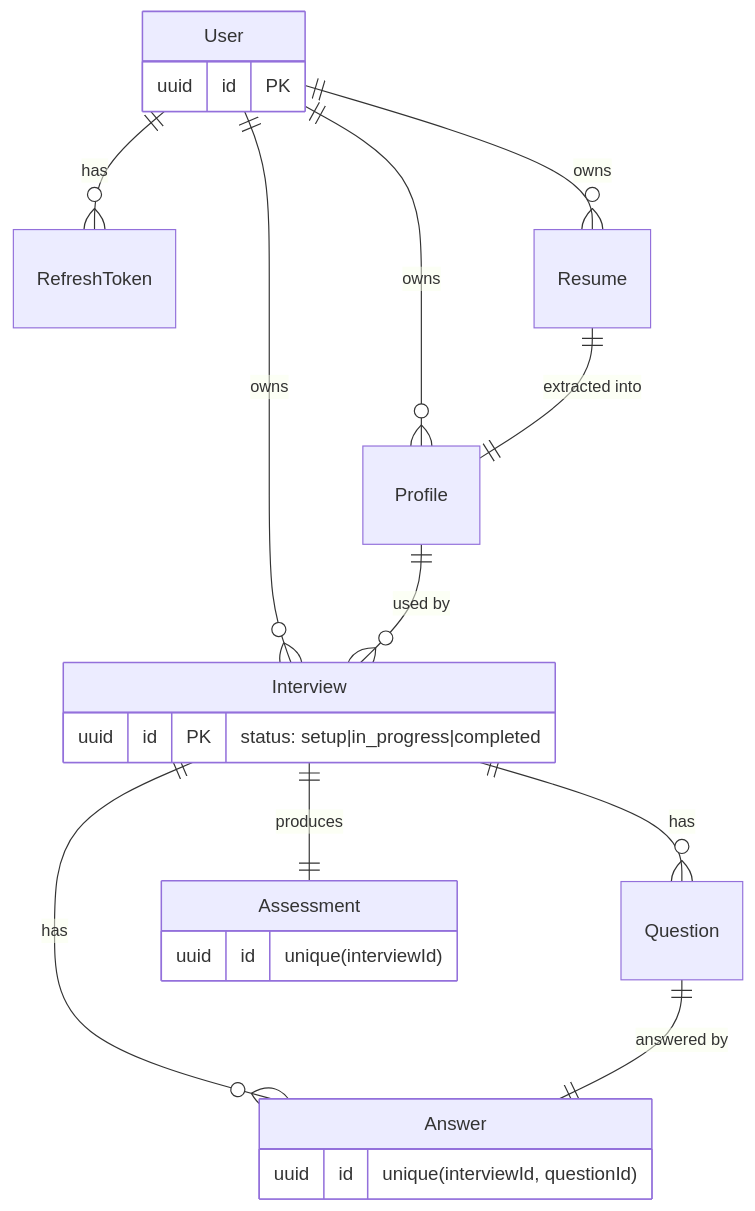
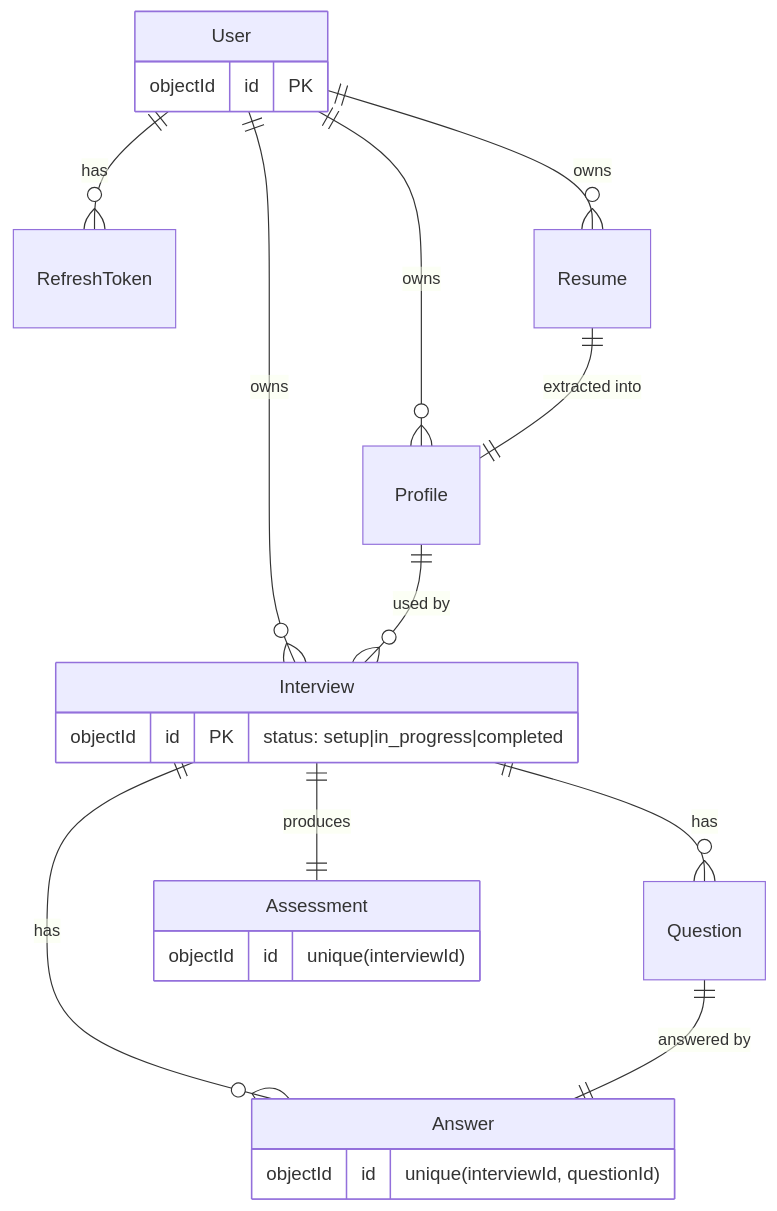
The third of 3 diagrams in README.md (Siddharth-AI/interview_iq), drawn with Mermaid before and after one commit. The commit also changed other lines of this file and 1 other file, not shown here.

````diff
--- a/README.md
+++ b/README.md
@@ -131,18 +131,18 @@
 ```mermaid
 erDiagram
   User ||--o{ RefreshToken : has
   User ||--o{ Resume : owns
   User ||--o{ Profile : owns
   User ||--o{ Interview : owns
   Resume ||--|| Profile : "extracted into"
   Profile ||--o{ Interview : "used by"
   Interview ||--o{ Question : has
   Interview ||--o{ Answer : has
   Interview ||--|| Assessment : produces
   Question ||--|| Answer : "answered by"
 
-  User { uuid id PK }
-  Interview { uuid id PK "status: setup|in_progress|completed" }
-  Answer { uuid id "unique(interviewId, questionId)" }
-  Assessment { uuid id "unique(interviewId)" }
+  User { objectId id PK }
+  Interview { objectId id PK "status: setup|in_progress|completed" }
+  Answer { objectId id "unique(interviewId, questionId)" }
+  Assessment { objectId id "unique(interviewId)" }
 ```
````
